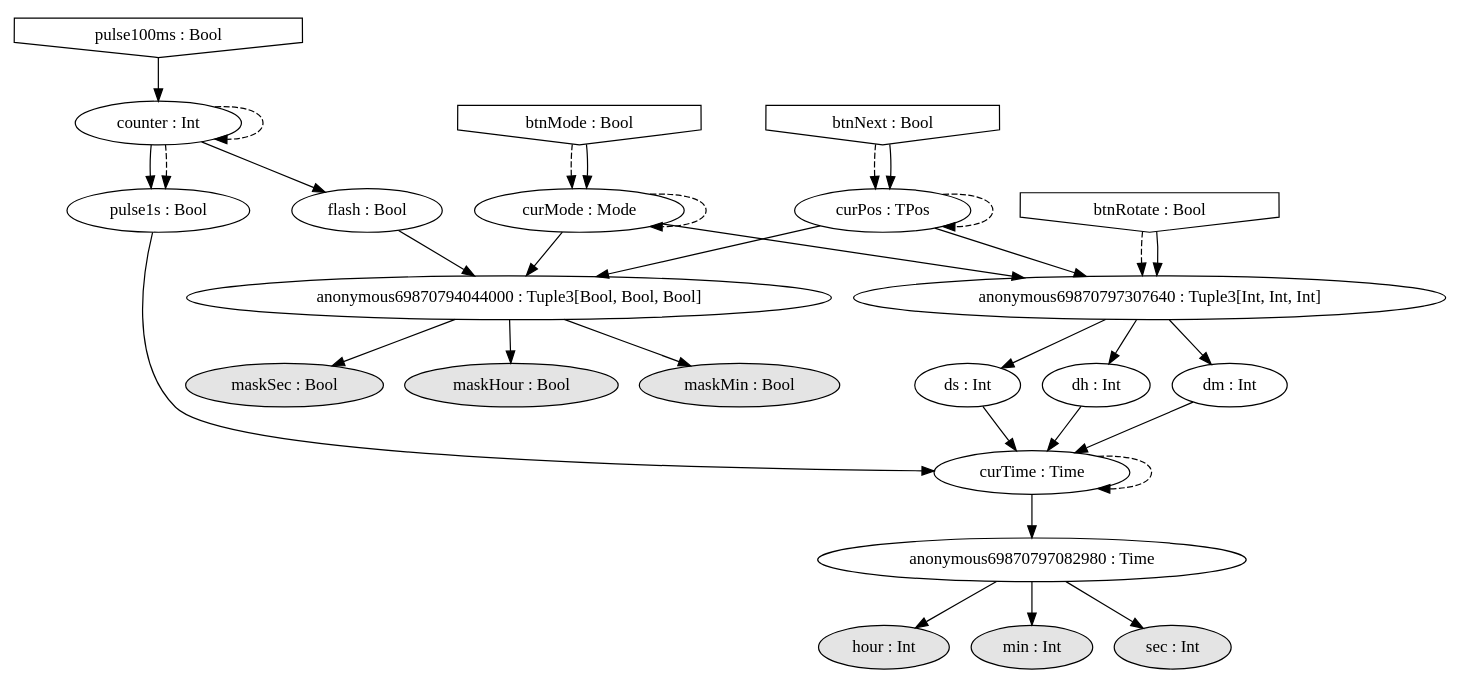
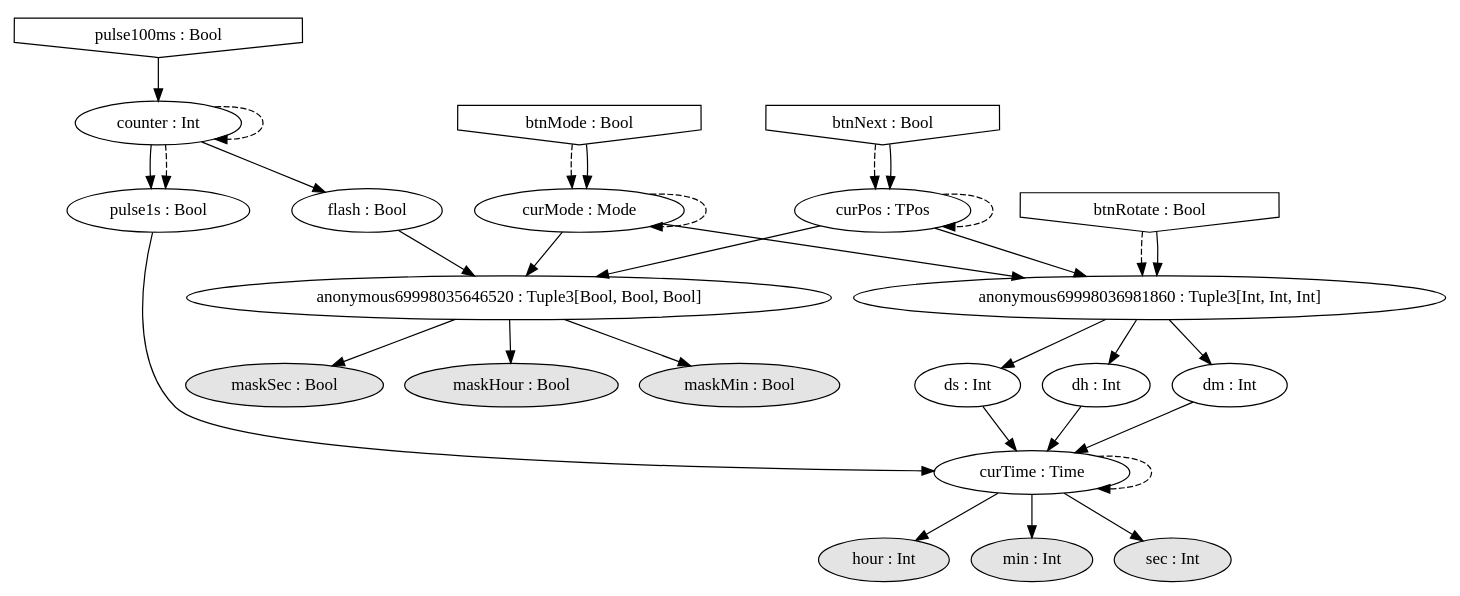
Before and after one commit to sawaken/emfrp: the diagram in examples/LCDClock/graph.dot, drawn with Graphviz. The commit also changed 2 other files, not shown here.

Commit message:
modified graph

```diff
--- a/examples/LCDClock/graph.dot
+++ b/examples/LCDClock/graph.dot
@@ -1,57 +1,55 @@
 digraph LCDClock {
   pulse100ms [label = "pulse100ms : Bool", shape = "invhouse"];
   counter [label = "counter : Int"];
   pulse1s [label = "pulse1s : Bool"];
   btnMode [label = "btnMode : Bool", shape = "invhouse"];
   curMode [label = "curMode : Mode"];
   btnRotate [label = "btnRotate : Bool", shape = "invhouse"];
   btnNext [label = "btnNext : Bool", shape = "invhouse"];
   curPos [label = "curPos : TPos"];
-  anonymous69870797307640 [label = "anonymous69870797307640 : Tuple3[Int, Int, Int]"];
+  anonymous69998036981860 [label = "anonymous69998036981860 : Tuple3[Int, Int, Int]"];
   dh [label = "dh : Int"];
   dm [label = "dm : Int"];
   ds [label = "ds : Int"];
   curTime [label = "curTime : Time"];
-  anonymous69870797082980 [label = "anonymous69870797082980 : Time"];
   hour [label = "hour : Int", style = filled, fillcolor = "#e4e4e4"];
   min [label = "min : Int", style = filled, fillcolor = "#e4e4e4"];
   sec [label = "sec : Int", style = filled, fillcolor = "#e4e4e4"];
   flash [label = "flash : Bool"];
-  anonymous69870794044000 [label = "anonymous69870794044000 : Tuple3[Bool, Bool, Bool]"];
+  anonymous69998035646520 [label = "anonymous69998035646520 : Tuple3[Bool, Bool, Bool]"];
   maskHour [label = "maskHour : Bool", style = filled, fillcolor = "#e4e4e4"];
   maskMin [label = "maskMin : Bool", style = filled, fillcolor = "#e4e4e4"];
   maskSec [label = "maskSec : Bool", style = filled, fillcolor = "#e4e4e4"];
-  anonymous69870797082980 -> hour;
-  curTime -> anonymous69870797082980;
+  curTime -> hour;
   pulse1s -> curTime;
   counter -> pulse1s;
   pulse100ms -> counter;
   counter -> counter [style = dashed];
   counter -> pulse1s [style = dashed];
   curTime -> curTime [style = dashed];
   dh -> curTime;
-  anonymous69870797307640 -> dh;
-  curMode -> anonymous69870797307640;
+  anonymous69998036981860 -> dh;
+  curMode -> anonymous69998036981860;
   btnMode -> curMode [style = dashed];
   btnMode -> curMode;
   curMode -> curMode [style = dashed];
-  btnRotate -> anonymous69870797307640 [style = dashed];
-  btnRotate -> anonymous69870797307640;
-  curPos -> anonymous69870797307640;
+  btnRotate -> anonymous69998036981860 [style = dashed];
+  btnRotate -> anonymous69998036981860;
+  curPos -> anonymous69998036981860;
   btnNext -> curPos [style = dashed];
   btnNext -> curPos;
   curPos -> curPos [style = dashed];
   dm -> curTime;
-  anonymous69870797307640 -> dm;
+  anonymous69998036981860 -> dm;
   ds -> curTime;
-  anonymous69870797307640 -> ds;
-  anonymous69870797082980 -> min;
-  anonymous69870797082980 -> sec;
-  anonymous69870794044000 -> maskHour;
-  curMode -> anonymous69870794044000;
-  flash -> anonymous69870794044000;
+  anonymous69998036981860 -> ds;
+  curTime -> min;
+  curTime -> sec;
+  anonymous69998035646520 -> maskHour;
+  curMode -> anonymous69998035646520;
+  flash -> anonymous69998035646520;
   counter -> flash;
-  curPos -> anonymous69870794044000;
-  anonymous69870794044000 -> maskMin;
-  anonymous69870794044000 -> maskSec;
+  curPos -> anonymous69998035646520;
+  anonymous69998035646520 -> maskMin;
+  anonymous69998035646520 -> maskSec;
 }
```
